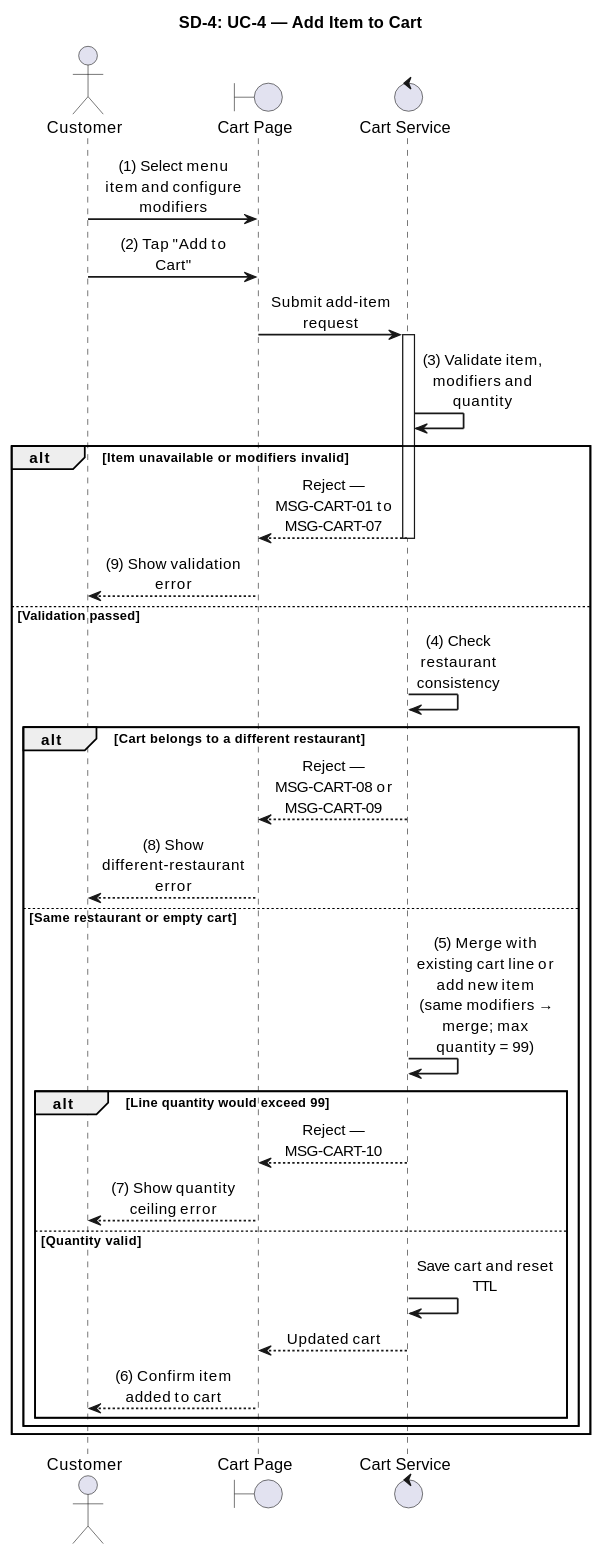
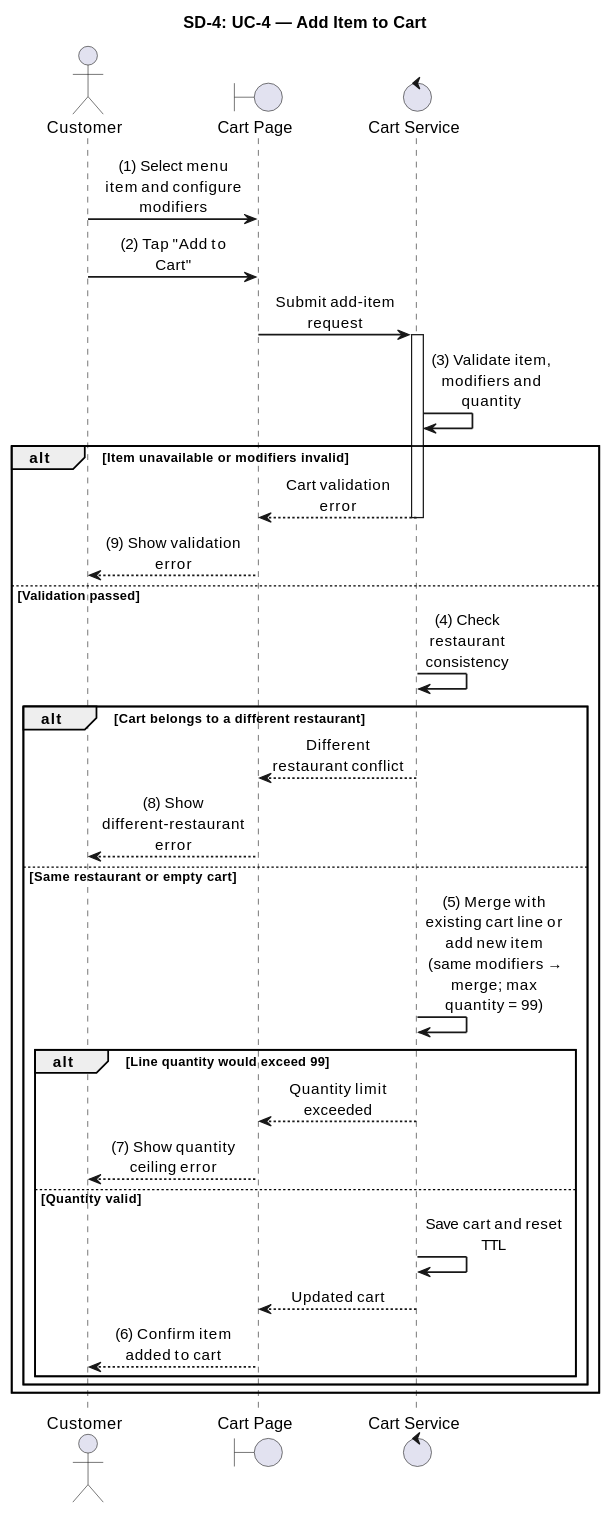
The fourth of 35 diagrams in apps/api/docs/Final_Documents/SRS_SequenceDiagrams.md (luubinhdeptrai/Food_Delivery), drawn with PlantUML before and after one commit. The commit also changed other lines of this file, not shown here.

Commit message:
complete sequence diagram

````diff
--- a/apps/api/docs/Final_Documents/SRS_SequenceDiagrams.md
+++ b/apps/api/docs/Final_Documents/SRS_SequenceDiagrams.md
@@ -230,55 +239,55 @@
 ```plantuml
 @startuml SD-4_AddItemToCart
 
 skinparam shadowing false
 skinparam sequenceMessageAlign center
 skinparam responseMessageBelowArrow true
 skinparam maxMessageSize 120
 skinparam sequenceArrowThickness 1.5
 skinparam ParticipantPadding 20
 skinparam BoxPadding 10
 
 title SD-4: UC-4 — Add Item to Cart
 
 actor "Customer" as Actor
 boundary "Cart Page" as UI
 control "Cart Service" as CartSvc
 
 autonumber stop
 
 Actor -> UI : (1) Select menu item and configure modifiers
 Actor -> UI : (2) Tap "Add to Cart"
 UI -> CartSvc : Submit add-item request
 activate CartSvc
 
 CartSvc -> CartSvc : (3) Validate item, modifiers and quantity
 
 alt Item unavailable or modifiers invalid
-    CartSvc --> UI : Reject — MSG-CART-01 to MSG-CART-07
+    CartSvc --> UI : Cart validation error
     deactivate CartSvc
     UI --> Actor : (9) Show validation error
 else Validation passed
     CartSvc -> CartSvc : (4) Check restaurant consistency
 
     alt Cart belongs to a different restaurant
-        CartSvc --> UI : Reject — MSG-CART-08 or MSG-CART-09
+        CartSvc --> UI : Different restaurant conflict
         deactivate CartSvc
         UI --> Actor : (8) Show different-restaurant error
     else Same restaurant or empty cart
         CartSvc -> CartSvc : (5) Merge with existing cart line or add new item\n(same modifiers → merge; max quantity = 99)
 
         alt Line quantity would exceed 99
-            CartSvc --> UI : Reject — MSG-CART-10
+            CartSvc --> UI : Quantity limit exceeded
             deactivate CartSvc
             UI --> Actor : (7) Show quantity ceiling error
         else Quantity valid
             CartSvc -> CartSvc : Save cart and reset TTL
             CartSvc --> UI : Updated cart
             deactivate CartSvc
             UI --> Actor : (6) Confirm item added to cart
         end
     end
 end
 
 @enduml
 ```
````
